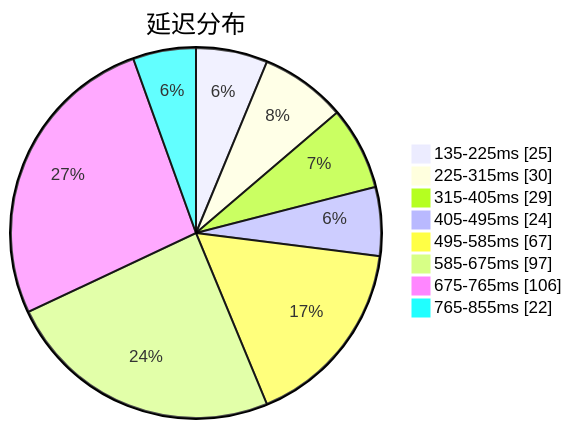
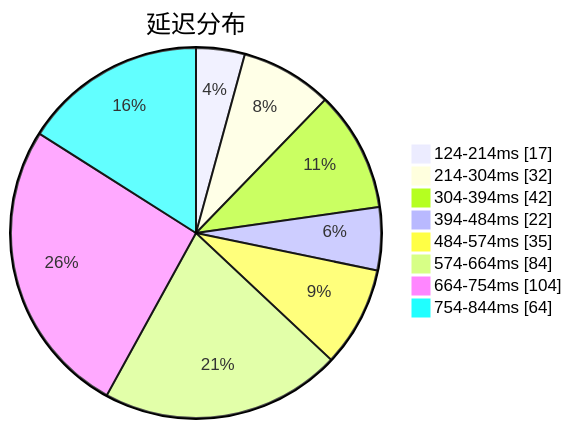
One commit to qjlxg/airport changed the first of 3 diagrams in subs/statistics/tested_within.md. Above: the diagram before and after it, drawn with Mermaid. The commit also changed other lines of this file and 2 other files, not shown here.

Commit message:
Tested by metaST

````diff
--- a/subs/statistics/tested_within.md
+++ b/subs/statistics/tested_within.md
@@ -2,12 +2,12 @@
 ```mermaid
 pie showData
 title 延迟分布
-"135-225ms" : 25
-"225-315ms" : 30
-"315-405ms" : 29
-"405-495ms" : 24
-"495-585ms" : 67
-"585-675ms" : 97
-"675-765ms" : 106
-"765-855ms" : 22
+"124-214ms" : 17
+"214-304ms" : 32
+"304-394ms" : 42
+"394-484ms" : 22
+"484-574ms" : 35
+"574-664ms" : 84
+"664-754ms" : 104
+"754-844ms" : 64
 ```
````
